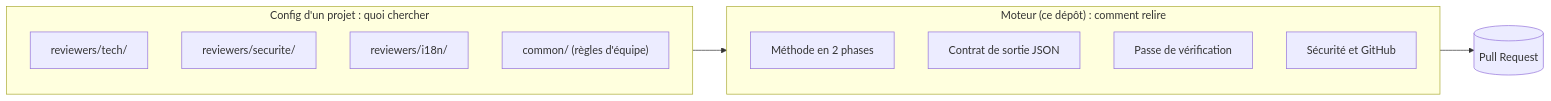
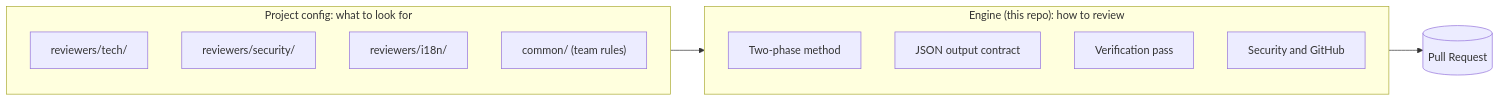
The first of 3 diagrams in README.md (AccorECOM/reviewme), drawn with Mermaid before and after one commit. The commit also changed other lines of this file and 47 other files, not shown here.

````diff
--- a/README.md
+++ b/README.md
@@ -27,16 +26,16 @@
 ```mermaid
 flowchart LR
-    subgraph Moteur["Moteur (ce dépôt) : comment relire"]
-        M1[Méthode en 2 phases]
-        M2[Contrat de sortie JSON]
-        M3[Passe de vérification]
-        M4[Sécurité et GitHub]
+    subgraph Engine["Engine (this repo): how to review"]
+        M1[Two-phase method]
+        M2[JSON output contract]
+        M3[Verification pass]
+        M4[Security and GitHub]
     end
-    subgraph Config["Config d'un projet : quoi chercher"]
+    subgraph Config["Project config: what to look for"]
         R1["reviewers/tech/"]
-        R2["reviewers/securite/"]
+        R2["reviewers/security/"]
         R3["reviewers/i18n/"]
-        C["common/ (règles d'équipe)"]
+        C["common/ (team rules)"]
     end
-    Config --> Moteur --> PR[(Pull Request)]
+    Config --> Engine --> PR[(Pull Request)]
 ```
````
